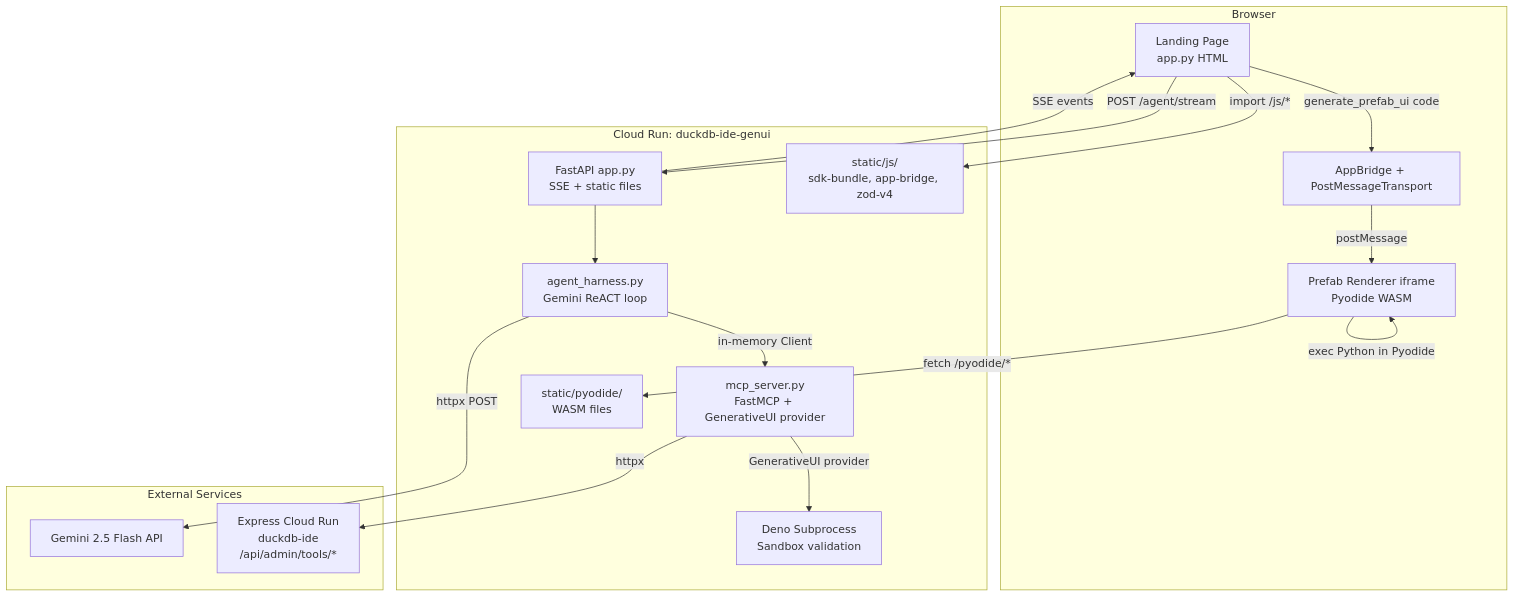
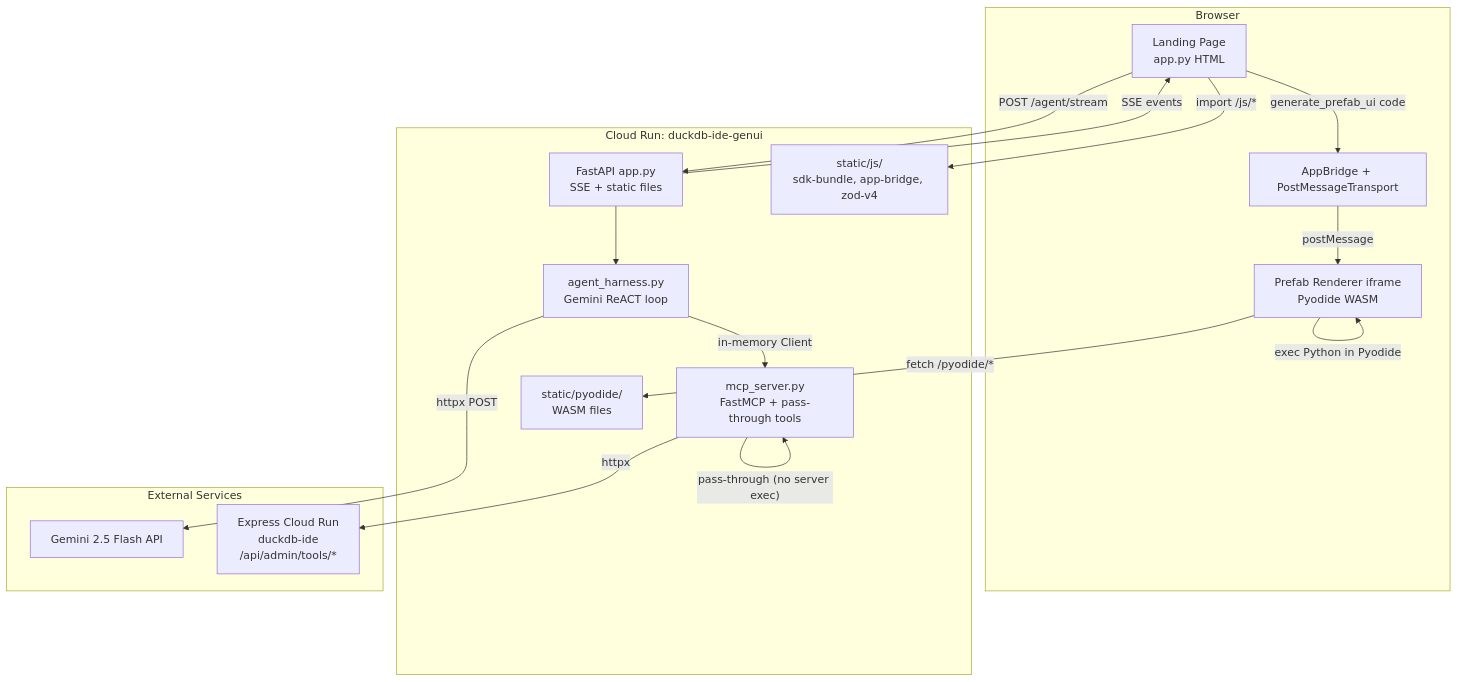
One commit to prateekpanjla-outlook/duckdb-wasm-ide changed the first of 3 diagrams in docs/mcp-v3-genui-architecture.md. Above: the diagram before and after it, drawn with Mermaid. The commit also changed other lines of this file and 10 other files, not shown here.

````diff
--- a/docs/mcp-v3-genui-architecture.md
+++ b/docs/mcp-v3-genui-architecture.md
@@ -26,36 +26,35 @@
 ```mermaid
 graph TB
     subgraph Browser
         LP[Landing Page<br/>app.py HTML]
         IFrame[Prefab Renderer iframe<br/>Pyodide WASM]
         AB[AppBridge + PostMessageTransport]
     end
 
     subgraph "Cloud Run: duckdb-ide-genui"
         FA[FastAPI app.py<br/>SSE + static files]
         AH[agent_harness.py<br/>Gemini ReACT loop]
-        MCP[mcp_server.py<br/>FastMCP + GenerativeUI provider]
-        Deno[Deno Subprocess<br/>Sandbox validation]
+        MCP[mcp_server.py<br/>FastMCP + pass-through tools]
         Pyodide_Local[static/pyodide/<br/>WASM files]
         JS_Local[static/js/<br/>sdk-bundle, app-bridge, zod-v4]
     end
 
     subgraph "External Services"
         Gemini[Gemini 2.5 Flash API]
         Express[Express Cloud Run<br/>duckdb-ide<br/>/api/admin/tools/*]
     end
 
     LP -- "POST /agent/stream" --> FA
     FA -- "SSE events" --> LP
     LP -- "generate_prefab_ui code" --> AB
     AB -- "postMessage" --> IFrame
     IFrame -- "exec Python in Pyodide" --> IFrame
     LP -- "import /js/*" --> JS_Local
     IFrame -- "fetch /pyodide/*" --> Pyodide_Local
 
     FA --> AH
     AH -- "in-memory Client" --> MCP
     AH -- "httpx POST" --> Gemini
     MCP -- "httpx" --> Express
-    MCP -- "GenerativeUI provider" --> Deno
+    MCP -- "pass-through (no server exec)" --> MCP
 ```
````
